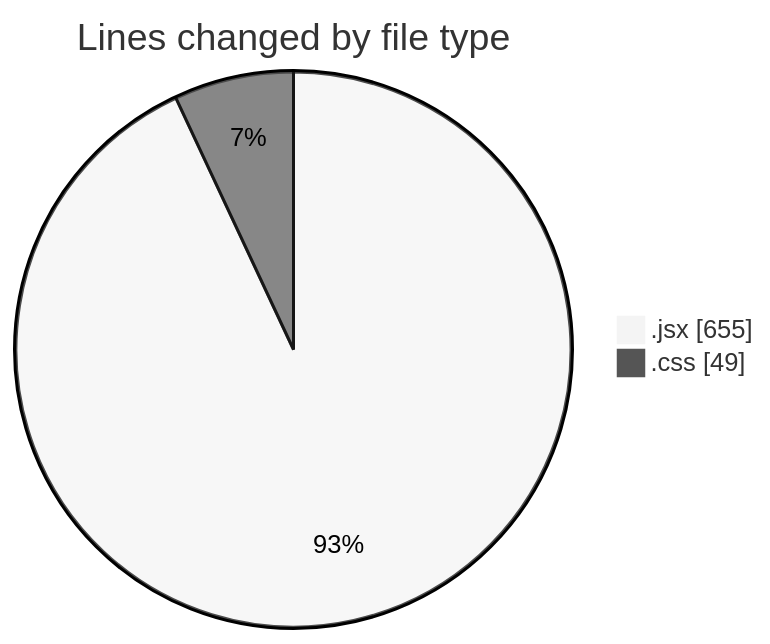
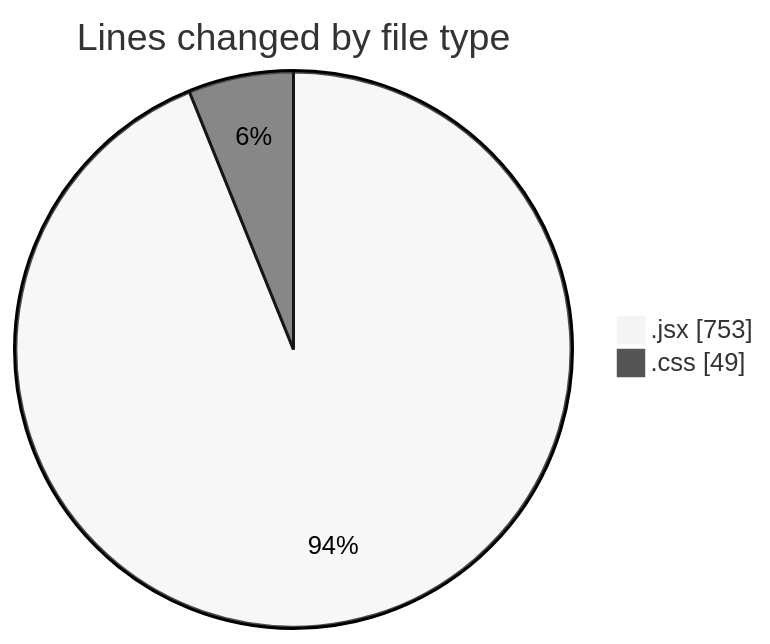
Before and after one commit to Elitesun/code-tracking: the first of 2 diagrams in 2025-03-01/react_ecom/README.md, drawn with Mermaid (neutral theme). The commit also changed other lines of this file and 1 other file, not shown here.

````diff
--- a/2025-03-01/react_ecom/README.md
+++ b/2025-03-01/react_ecom/README.md
@@ -25,6 +25,6 @@
 ```mermaid
 pie showData
 title Lines changed by file type
-".jsx" : 655
+".jsx" : 753
 ".css" : 49
 ```
````
